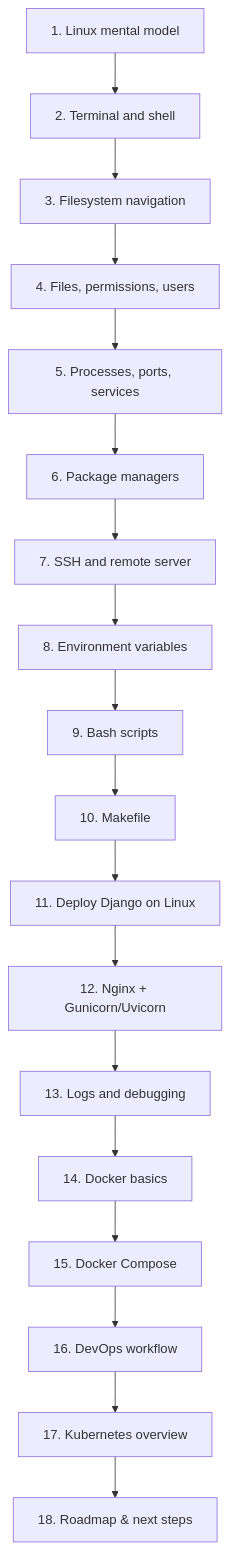
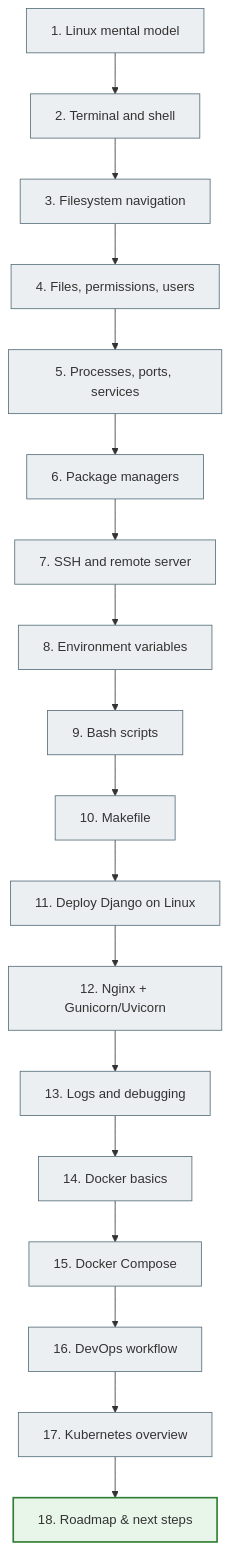
The diagram in docs/reference/legacy_indexes/index_8.md (NikoriakViktot/notes_chat_app), drawn with Mermaid before and after one commit. The commit also changed 441 other files, not shown here.

First line of the commit message:
Add English version of the book, Mermaid standard, docs fixes

````diff
--- a/docs/reference/legacy_indexes/index_8.md
+++ b/docs/reference/legacy_indexes/index_8.md
@@ -57,20 +57,26 @@
 ```mermaid
 flowchart TD
     A["1. Linux mental model"] --> B["2. Terminal and shell"]
     B --> C["3. Filesystem navigation"]
     C --> D["4. Files, permissions, users"]
     D --> E["5. Processes, ports, services"]
     E --> F["6. Package managers"]
     F --> G["7. SSH and remote server"]
     G --> H["8. Environment variables"]
     H --> I["9. Bash scripts"]
     I --> J["10. Makefile"]
     J --> K["11. Deploy Django on Linux"]
     K --> L["12. Nginx + Gunicorn/Uvicorn"]
     L --> M["13. Logs and debugging"]
     M --> N["14. Docker basics"]
     N --> O["15. Docker Compose"]
     O --> P["16. DevOps workflow"]
     P --> Q["17. Kubernetes overview"]
     Q --> R["18. Roadmap & next steps"]
+
+    classDef step     fill:#eceff1,stroke:#546e7a,stroke-width:1px;
+    classDef success  fill:#e8f5e9,stroke:#2e7d32,stroke-width:2px;
+
+    class A,B,C,D,E,F,G,H,I,J,K,L,M,N,O,P,Q step;
+    class R success;
 ```
````
